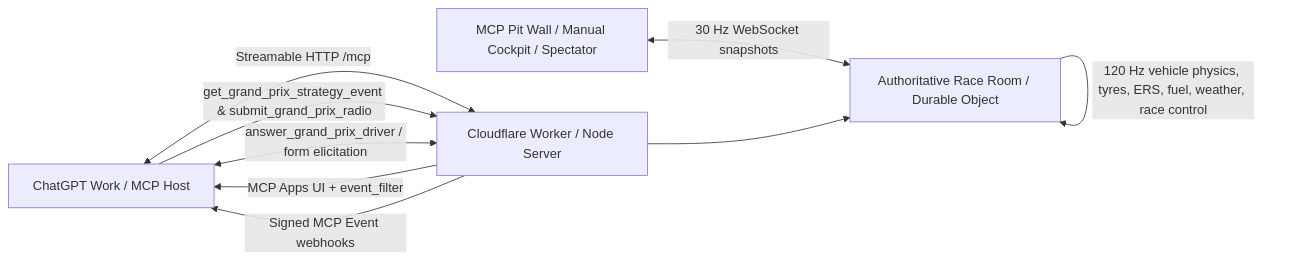
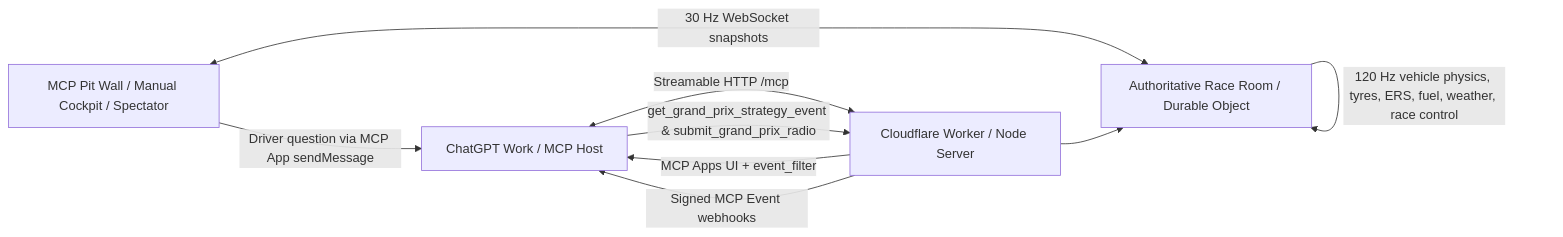
The diagram in README.md (infoxicator/mcp-events-grand-prix), drawn with Mermaid before and after one commit. The commit also changed other lines of this file and 30 other files, not shown here.

````diff
--- a/README.md
+++ b/README.md
@@ -18,11 +18,11 @@
 ```mermaid
 flowchart LR
     C[ChatGPT Work / MCP Host] <-->|Streamable HTTP /mcp| W[Cloudflare Worker / Node Server]
     W -->|MCP Apps UI + event_filter| C
     W -->|Signed MCP Event webhooks| C
     C -->|get_grand_prix_strategy_event & submit_grand_prix_radio| W
-    C <-->|answer_grand_prix_driver / form elicitation| W
     A[MCP Pit Wall / Manual Cockpit / Spectator] <-->|30 Hz WebSocket snapshots| R[Authoritative Race Room / Durable Object]
+    A -->|Driver question via MCP App sendMessage| C
     W --> R
     R -->|120 Hz vehicle physics, tyres, ERS, fuel, weather, race control| R
 ```
````
